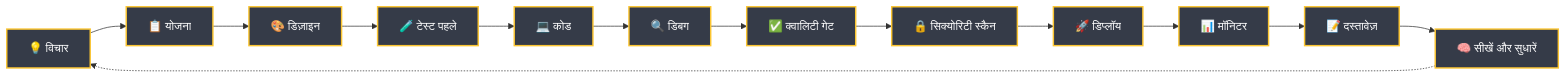
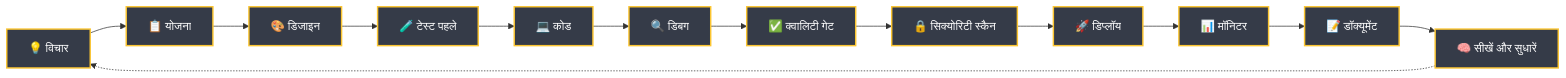
Before and after one commit to tody-agent/codymaster: the second of 3 diagrams in README-hi.md, drawn with Mermaid. The commit also changed other lines of this file and 3 other files, not shown here.

````diff
--- a/README-hi.md
+++ b/README-hi.md
@@ -79,17 +79,17 @@
 ```mermaid
 graph LR
     A["💡 विचार"] --> B["📋 योजना"]
-    B --> C["🎨 डिज़ाइन"]
+    B --> C["🎨 डिजाइन"]
     C --> D["🧪 टेस्ट पहले"]
     D --> E["💻 कोड"]
     E --> F["🔍 डिबग"]
     F --> G["✅ क्वालिटी गेट"]
     G --> H["🔒 सिक्योरिटी स्कैन"]
     H --> I["🚀 डिप्लॉय"]
     I --> J["📊 मॉनिटर"]
-    J --> K["📝 दस्तावेज़"]
+    J --> K["📝 डॉक्यूमेंट"]
     K --> L["🧠 सीखें और सुधारें"]
     L -.-> A
     classDef phase fill:#353b48,stroke:#fbc531,stroke-width:2px,color:#fff;
     class A,B,C,D,E,F,G,H,I,J,K,L phase;
 ```
````
